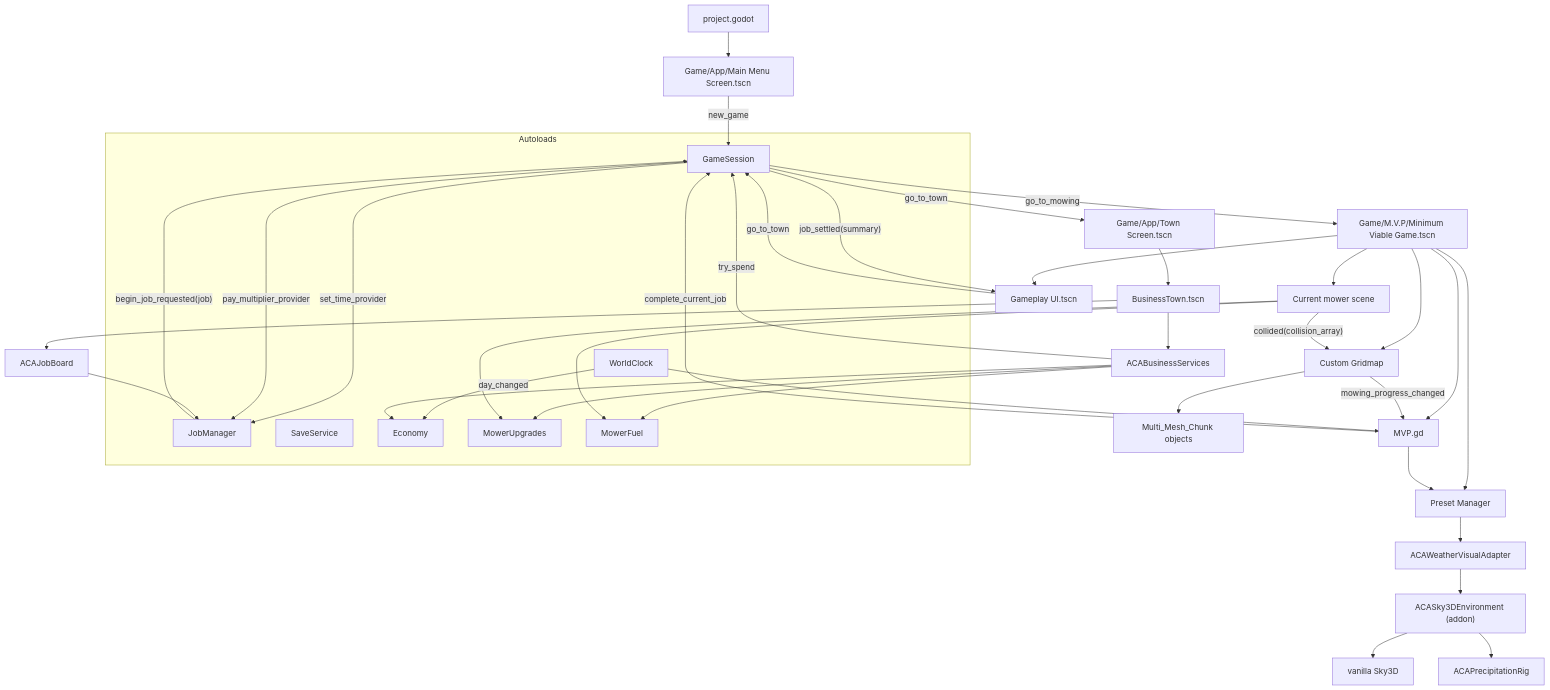
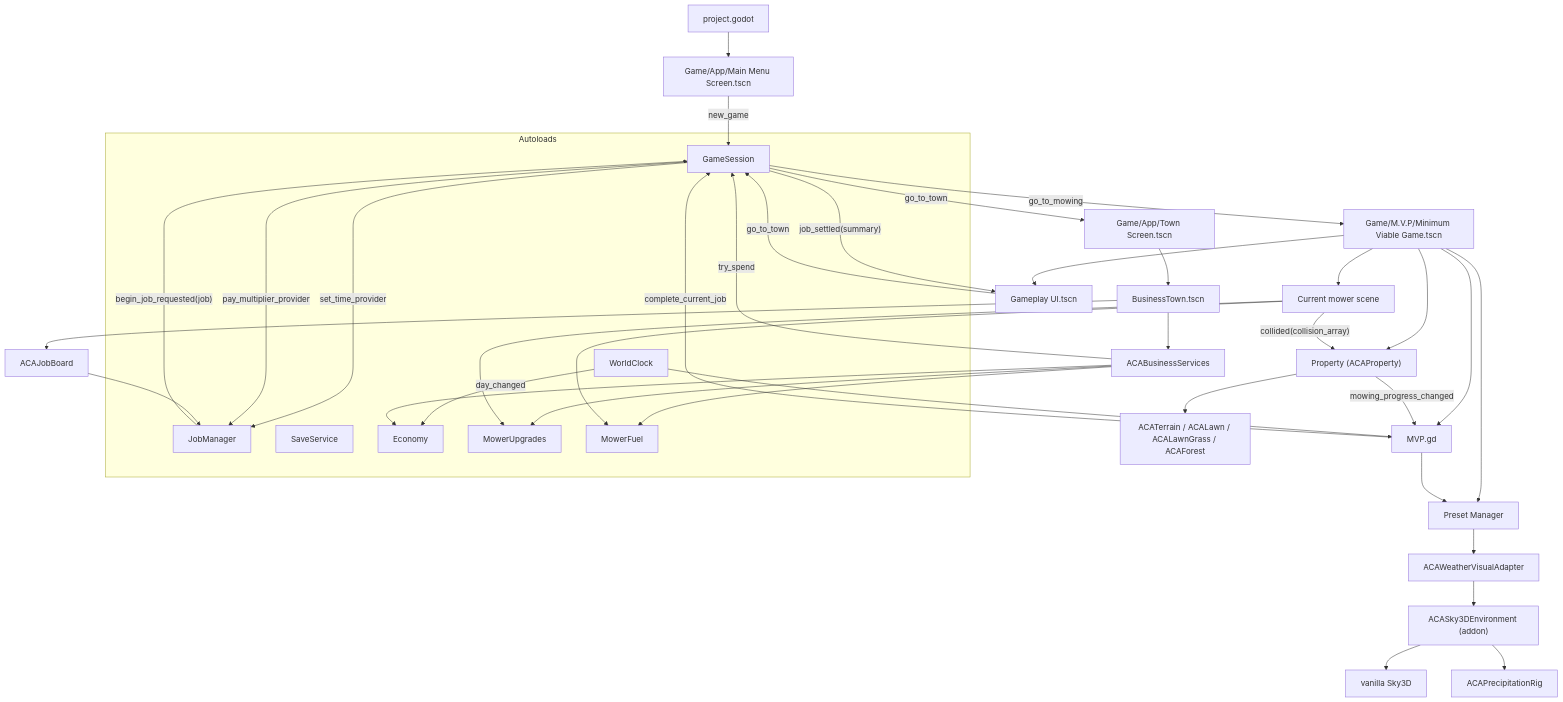
The diagram in project-docs/architecture.md (usw344/A-Cut-Above-Lawn-Mowing-Startup-public), drawn with Mermaid before and after one commit. The commit also changed other lines of this file and 219 other files, not shown here.

````diff
--- a/project-docs/architecture.md
+++ b/project-docs/architecture.md
@@ -47,52 +47,52 @@
 ```mermaid
 flowchart TD
     Project["project.godot"] --> Menu["Game/App/Main Menu Screen.tscn"]
 
     subgraph Autoloads
         Clock["WorldClock"]
         Jobs["JobManager"]
         Session["GameSession"]
         Save["SaveService"]
         Econ["Economy"]
         Upg["MowerUpgrades"]
         Fuel["MowerFuel"]
     end
 
     Session -->|"set_time_provider"| Jobs
     Session -->|"pay_multiplier_provider"| Jobs
     Clock -->|"day_changed"| Econ
     Jobs -->|"begin_job_requested(job)"| Session
 
     Menu -->|"new_game"| Session
     Session -->|"go_to_town"| Town["Game/App/Town Screen.tscn"]
     Town --> BT["BusinessTown.tscn"]
     BT --> Board["ACAJobBoard"] --> Jobs
     BT --> Services["ACABusinessServices"]
     Services --> Econ
     Services --> Upg
     Services --> Fuel
     Services -->|"try_spend"| Session
 
     Session -->|"go_to_mowing"| MVPScene["Game/M.V.P/Minimum Viable Game.tscn"]
     MVPScene --> MVP["MVP.gd"]
     MVPScene --> Mower["Current mower scene"]
-    MVPScene --> Grid["Custom Gridmap"]
+    MVPScene --> Grid["Property (ACAProperty)"]
     MVPScene --> Presets["Preset Manager"]
     MVPScene --> GPUI["Gameplay UI.tscn"]
 
     Mower -->|"collided(collision_array)"| Grid
     Mower --> Upg
     Mower --> Fuel
-    Grid --> Chunks["Multi_Mesh_Chunk objects"]
+    Grid --> Chunks["ACATerrain / ACALawn / ACALawnGrass / ACAForest"]
 
     Grid -->|"mowing_progress_changed"| MVP
     MVP -->|"complete_current_job"| Session
     Session -->|"job_settled(summary)"| GPUI
     GPUI -->|"go_to_town"| Session
 
     Clock --> MVP --> Presets
     Presets --> EnvAdapter["ACAWeatherVisualAdapter"]
     EnvAdapter --> Package["ACASky3DEnvironment (addon)"]
     Package --> Sky3D["vanilla Sky3D"]
     Package --> Rig["ACAPrecipitationRig"]
 ```
````
